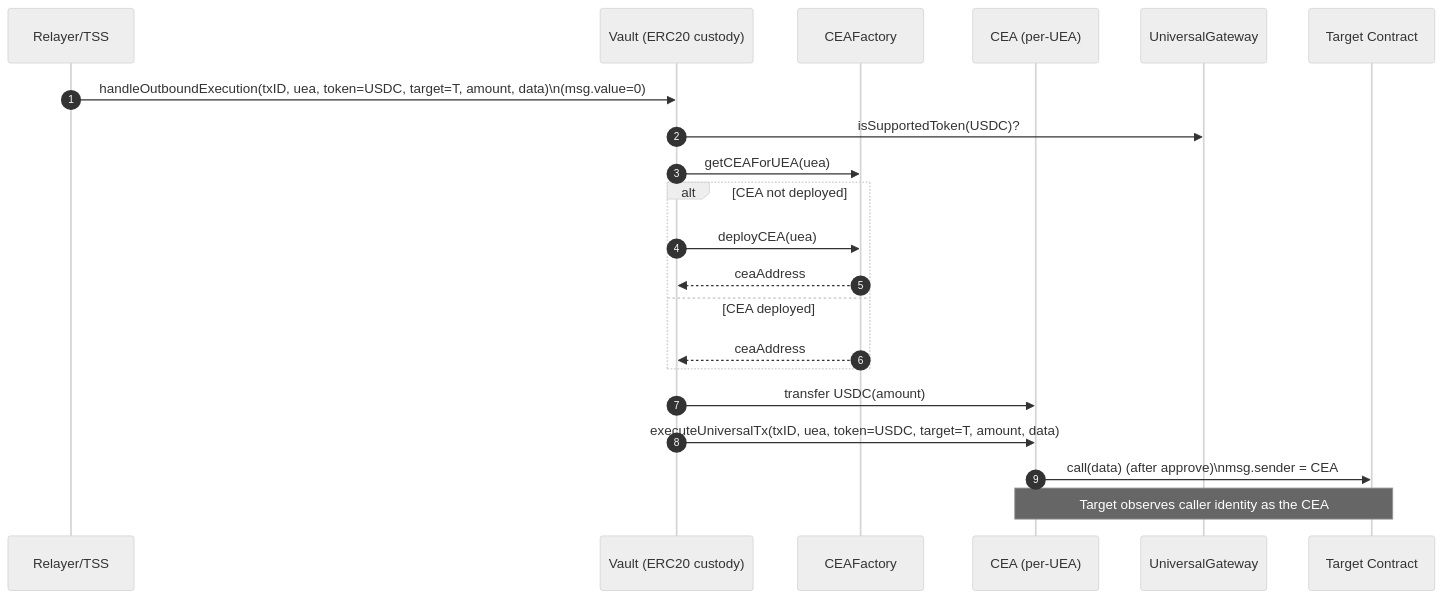
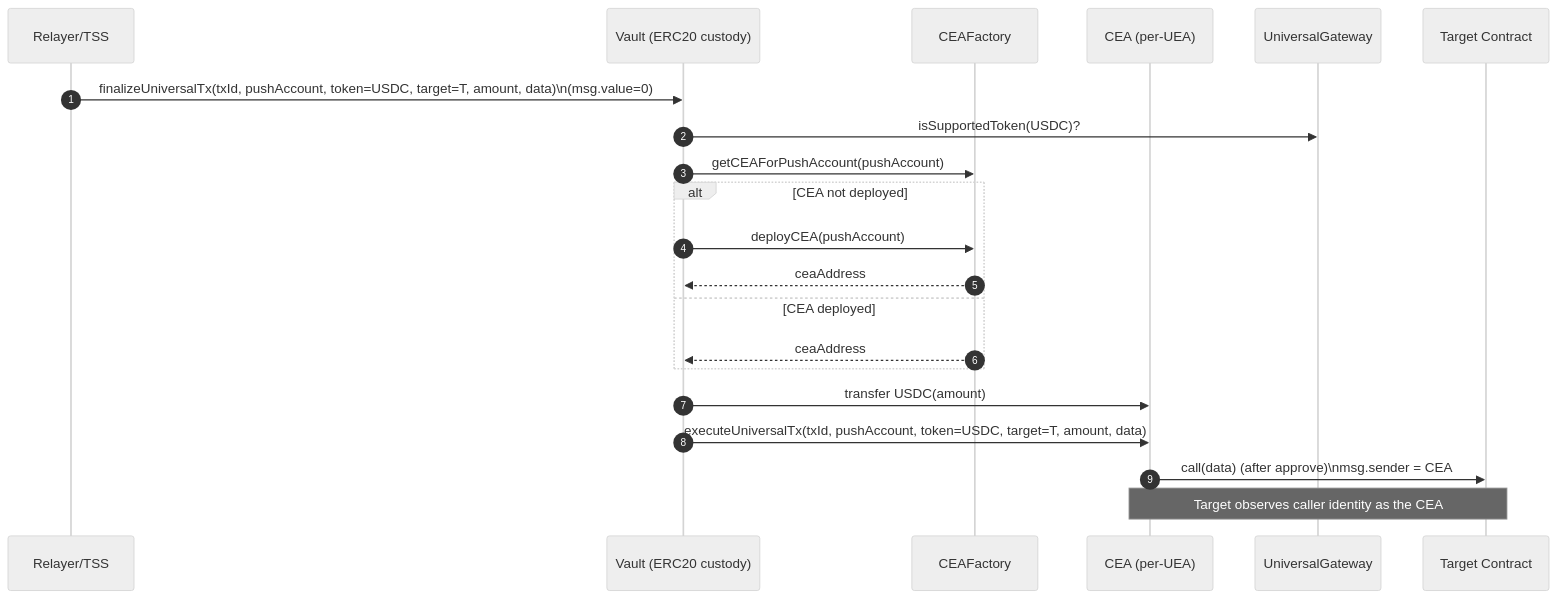
One commit to pushchain/push-chain-gateway-contracts changed the second of 6 diagrams in contracts/evm-gateway/docs/4_OutboundTx_Flows.md. Above: the diagram before and after it, drawn with Mermaid (neutral theme). The commit also changed other lines of this file and 26 other files, not shown here.

````diff
--- a/contracts/evm-gateway/docs/4_OutboundTx_Flows.md
+++ b/contracts/evm-gateway/docs/4_OutboundTx_Flows.md
@@ -92,24 +78,24 @@
 ```mermaid
 sequenceDiagram
     autonumber
     participant TSS as Relayer/TSS
     participant V as Vault (ERC20 custody)
     participant F as CEAFactory
     participant C as CEA (per-UEA)
     participant G as UniversalGateway
     participant T as Target Contract
 
-    TSS->>V: handleOutboundExecution(txID, uea, token=USDC, target=T, amount, data)\n(msg.value=0)
+    TSS->>V: finalizeUniversalTx(txId, pushAccount, token=USDC, target=T, amount, data)\n(msg.value=0)
     V->>G: isSupportedToken(USDC)?
-    V->>F: getCEAForUEA(uea)
+    V->>F: getCEAForPushAccount(pushAccount)
     alt CEA not deployed
-        V->>F: deployCEA(uea)
+        V->>F: deployCEA(pushAccount)
         F-->>V: ceaAddress
     else CEA deployed
         F-->>V: ceaAddress
     end
     V->>C: transfer USDC(amount)
-    V->>C: executeUniversalTx(txID, uea, token=USDC, target=T, amount, data)
+    V->>C: executeUniversalTx(txId, pushAccount, token=USDC, target=T, amount, data)
     C->>T: call(data) (after approve)\nmsg.sender = CEA
     Note over T,C: Target observes caller identity as the CEA
 ```
````
